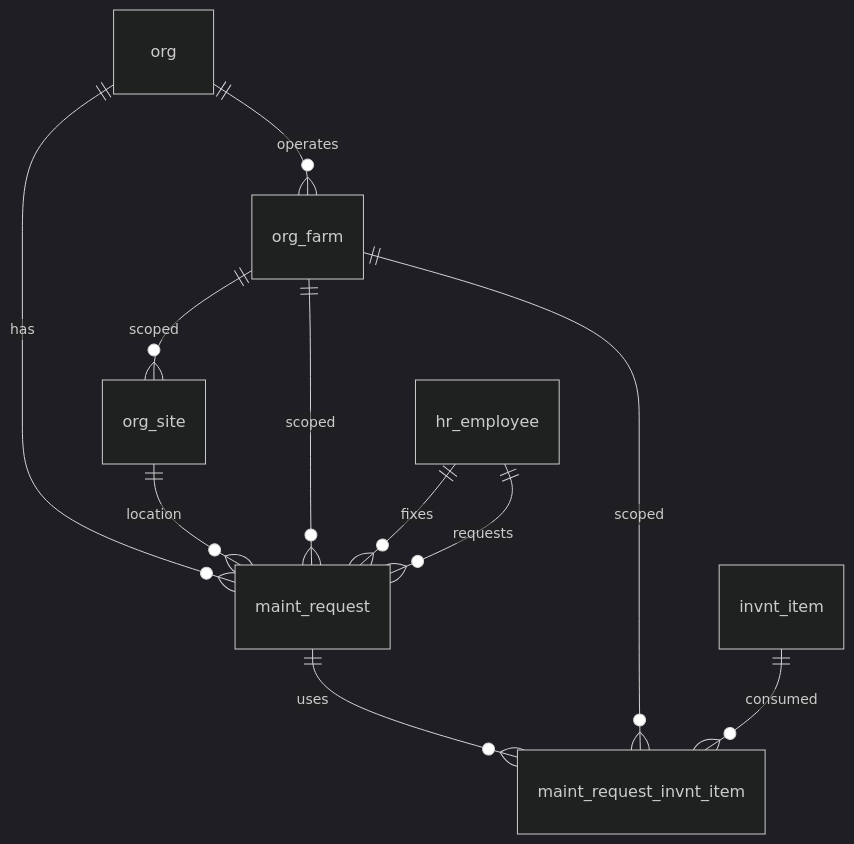
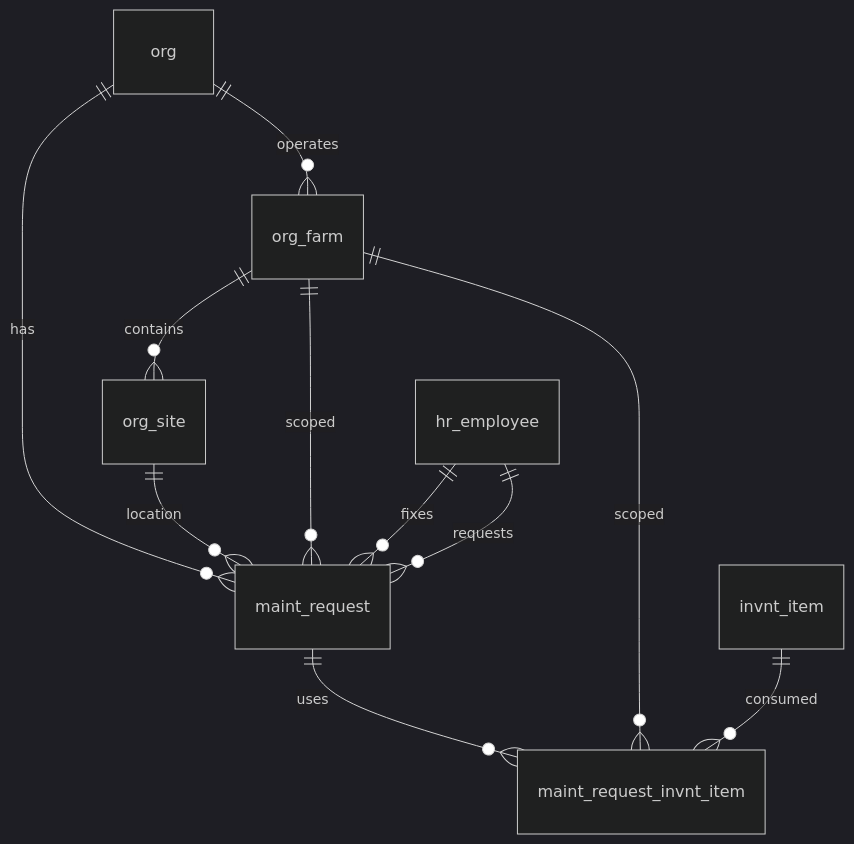
Before and after one commit to Hawaii-Farming/aloha-app: the diagram in docs/schemas/20260324_09_maint.md, drawn with Mermaid (dark theme). The commit also changed other lines of this file and 20 other files, not shown here.

````diff
--- a/docs/schemas/20260324_09_maint.md
+++ b/docs/schemas/20260324_09_maint.md
@@ -9,13 +9,13 @@
 ```mermaid
 erDiagram
     org ||--o{ org_farm : operates
     org ||--o{ maint_request : has
-    org_farm ||--o{ org_site : scoped
+    org_farm ||--o{ org_site : contains
     org_site ||--o{ maint_request : location
     org_farm ||--o{ maint_request : scoped
     hr_employee ||--o{ maint_request : fixes
     hr_employee ||--o{ maint_request : requests
     maint_request ||--o{ maint_request_invnt_item : uses
     org_farm ||--o{ maint_request_invnt_item : scoped
     invnt_item ||--o{ maint_request_invnt_item : consumed
 ```
````
